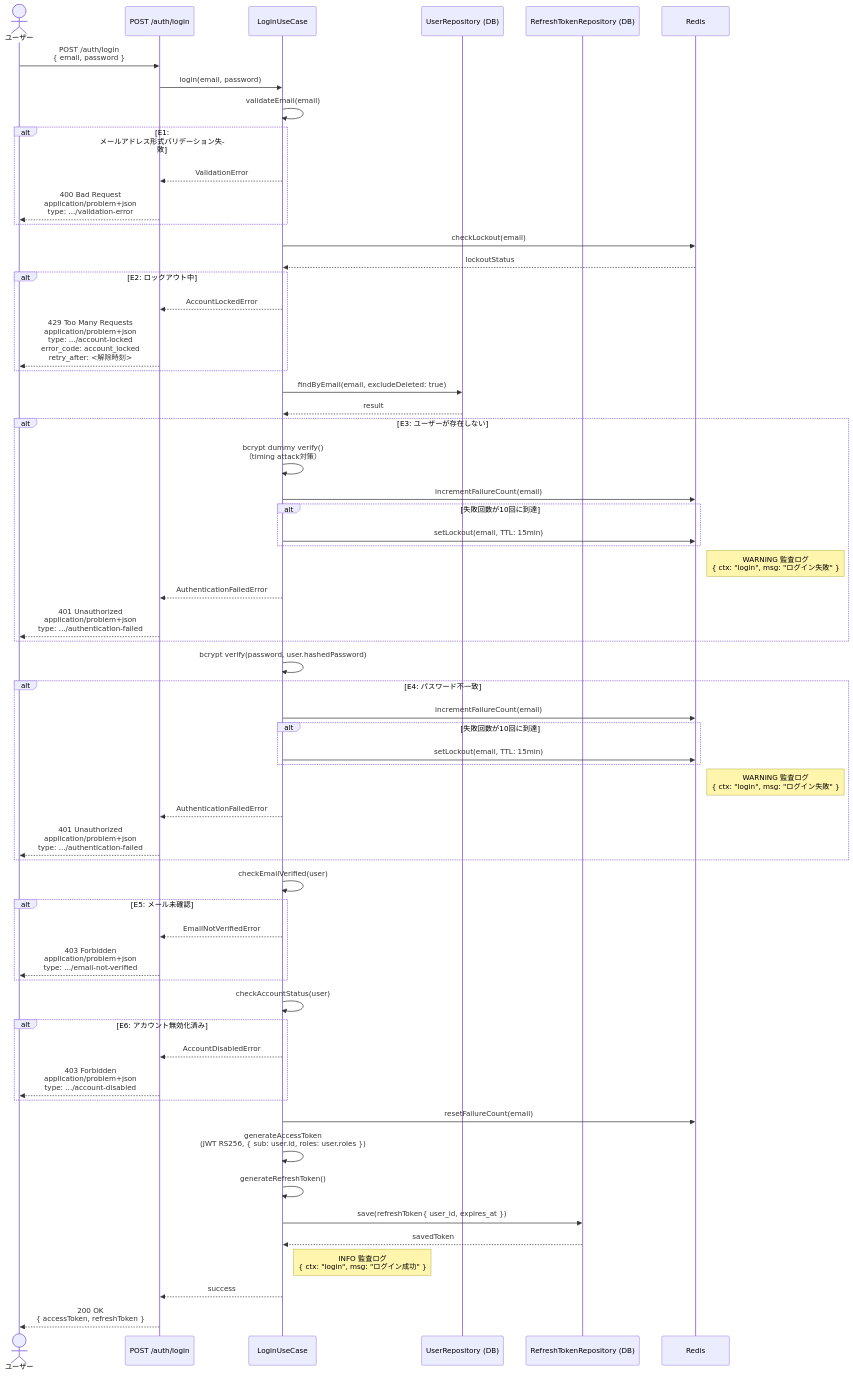
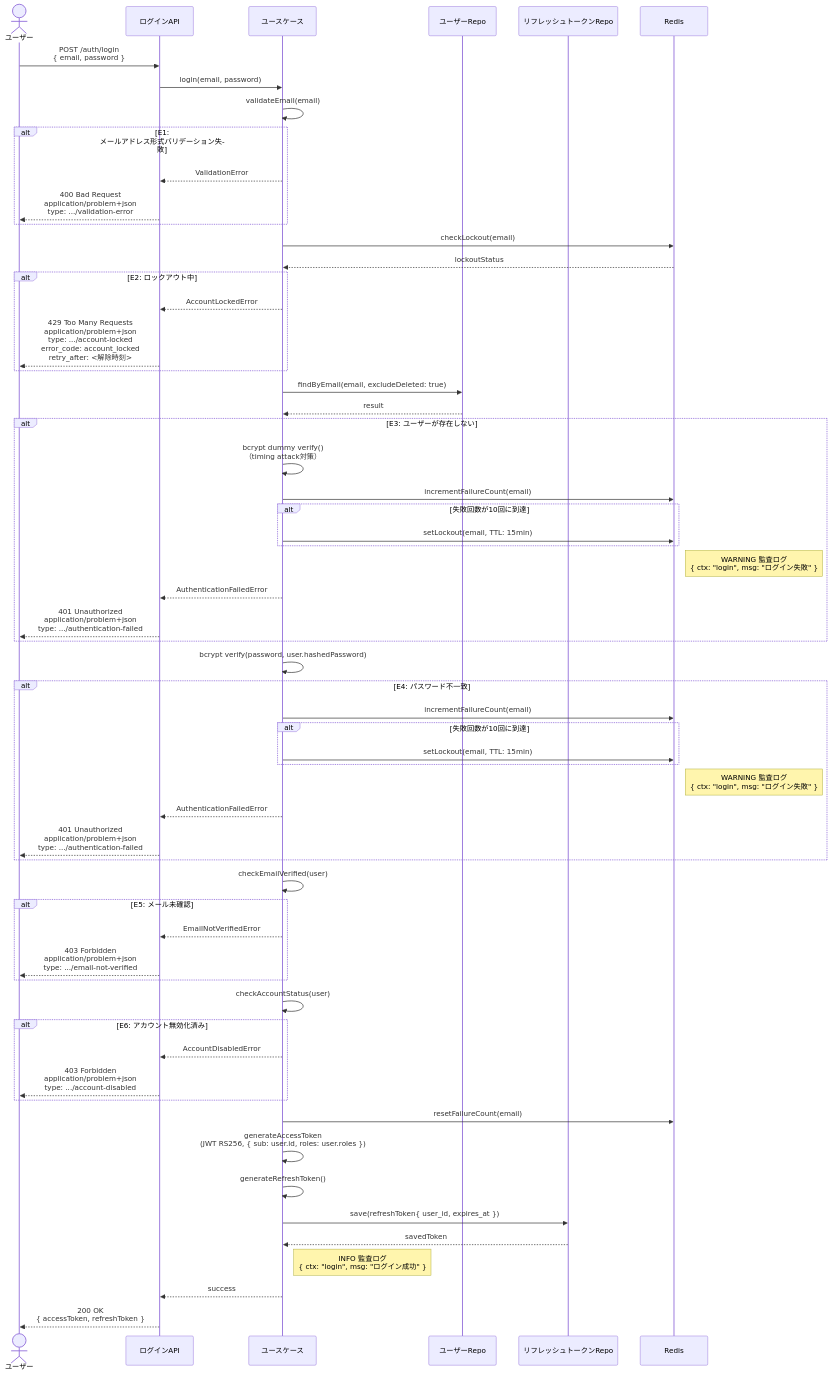
The second of 2 diagrams in .docs/design/buc/BUC-U04.md (suunet/POC_HYDRA_AUTH), drawn with Mermaid before and after one commit. The commit also changed 15 other files, not shown here.

````diff
--- a/.docs/design/buc/BUC-U04.md
+++ b/.docs/design/buc/BUC-U04.md
@@ -133,62 +133,62 @@
 ```mermaid
 sequenceDiagram
-  actor ユーザー as ユーザー
-  participant ログインAPI as POST /auth/login
-  participant ユースケース as LoginUseCase
-  participant ユーザーRepo as UserRepository (DB)
-  participant リフレッシュトークンRepo as RefreshTokenRepository (DB)
+  actor User as ユーザー
+  participant LoginAPI as ログインAPI
+  participant UseCase as ユースケース
+  participant UserRepo as ユーザーRepo
+  participant RefreshRepo as リフレッシュトークンRepo
   participant Redis as Redis
-  ユーザー->>ログインAPI: POST /auth/login<br/>{ email, password }
-  ログインAPI->>ユースケース: login(email, password)
-  ユースケース->>ユースケース: validateEmail(email)
+  User->>LoginAPI: POST /auth/login<br/>{ email, password }
+  LoginAPI->>UseCase: login(email, password)
+  UseCase->>UseCase: validateEmail(email)
   alt E1: メールアドレス形式バリデーション失敗
-  ユースケース-->>ログインAPI: ValidationError
-  ログインAPI-->>ユーザー: 400 Bad Request<br/>application/problem+json<br/>type: .../validation-error
+  UseCase-->>LoginAPI: ValidationError
+  LoginAPI-->>User: 400 Bad Request<br/>application/problem+json<br/>type: .../validation-error
   end
-  ユースケース->>Redis: checkLockout(email)
-  Redis-->>ユースケース: lockoutStatus
+  UseCase->>Redis: checkLockout(email)
+  Redis-->>UseCase: lockoutStatus
   alt E2: ロックアウト中
-  ユースケース-->>ログインAPI: AccountLockedError
-  ログインAPI-->>ユーザー: 429 Too Many Requests<br/>application/problem+json<br/>type: .../account-locked<br/>error_code: account_locked<br/>retry_after: <解除時刻>
+  UseCase-->>LoginAPI: AccountLockedError
+  LoginAPI-->>User: 429 Too Many Requests<br/>application/problem+json<br/>type: .../account-locked<br/>error_code: account_locked<br/>retry_after: <解除時刻>
   end
-  ユースケース->>ユーザーRepo: findByEmail(email, excludeDeleted: true)
-  ユーザーRepo-->>ユースケース: result
+  UseCase->>UserRepo: findByEmail(email, excludeDeleted: true)
+  UserRepo-->>UseCase: result
   alt E3: ユーザーが存在しない
-  ユースケース->>ユースケース: bcrypt dummy verify()<br/>（timing attack対策）
-  ユースケース->>Redis: incrementFailureCount(email)
+  UseCase->>UseCase: bcrypt dummy verify()<br/>（timing attack対策）
+  UseCase->>Redis: incrementFailureCount(email)
   alt 失敗回数が10回に到達
-  ユースケース->>Redis: setLockout(email, TTL: 15min)
+  UseCase->>Redis: setLockout(email, TTL: 15min)
   end
   Note right of Redis: WARNING 監査ログ<br/>{ ctx: "login", msg: "ログイン失敗" }
-  ユースケース-->>ログインAPI: AuthenticationFailedError
-  ログインAPI-->>ユーザー: 401 Unauthorized<br/>application/problem+json<br/>type: .../authentication-failed
+  UseCase-->>LoginAPI: AuthenticationFailedError
+  LoginAPI-->>User: 401 Unauthorized<br/>application/problem+json<br/>type: .../authentication-failed
   end
-  ユースケース->>ユースケース: bcrypt verify(password, user.hashedPassword)
+  UseCase->>UseCase: bcrypt verify(password, user.hashedPassword)
   alt E4: パスワード不一致
-  ユースケース->>Redis: incrementFailureCount(email)
+  UseCase->>Redis: incrementFailureCount(email)
   alt 失敗回数が10回に到達
-  ユースケース->>Redis: setLockout(email, TTL: 15min)
+  UseCase->>Redis: setLockout(email, TTL: 15min)
   end
   Note right of Redis: WARNING 監査ログ<br/>{ ctx: "login", msg: "ログイン失敗" }
-  ユースケース-->>ログインAPI: AuthenticationFailedError
-  ログインAPI-->>ユーザー: 401 Unauthorized<br/>application/problem+json<br/>type: .../authentication-failed
+  UseCase-->>LoginAPI: AuthenticationFailedError
+  LoginAPI-->>User: 401 Unauthorized<br/>application/problem+json<br/>type: .../authentication-failed
   end
-  ユースケース->>ユースケース: checkEmailVerified(user)
+  UseCase->>UseCase: checkEmailVerified(user)
   alt E5: メール未確認
-  ユースケース-->>ログインAPI: EmailNotVerifiedError
-  ログインAPI-->>ユーザー: 403 Forbidden<br/>application/problem+json<br/>type: .../email-not-verified
+  UseCase-->>LoginAPI: EmailNotVerifiedError
+  LoginAPI-->>User: 403 Forbidden<br/>application/problem+json<br/>type: .../email-not-verified
   end
-  ユースケース->>ユースケース: checkAccountStatus(user)
+  UseCase->>UseCase: checkAccountStatus(user)
   alt E6: アカウント無効化済み
-  ユースケース-->>ログインAPI: AccountDisabledError
-  ログインAPI-->>ユーザー: 403 Forbidden<br/>application/problem+json<br/>type: .../account-disabled
+  UseCase-->>LoginAPI: AccountDisabledError
+  LoginAPI-->>User: 403 Forbidden<br/>application/problem+json<br/>type: .../account-disabled
   end
-  ユースケース->>Redis: resetFailureCount(email)
-  ユースケース->>ユースケース: generateAccessToken<br/>(JWT RS256, { sub: user.id, roles: user.roles })
-  ユースケース->>ユースケース: generateRefreshToken()
-  ユースケース->>リフレッシュトークンRepo: save(refreshToken{ user_id, expires_at })
-  リフレッシュトークンRepo-->>ユースケース: savedToken
-  Note right of ユースケース: INFO 監査ログ<br/>{ ctx: "login", msg: "ログイン成功" }
-  ユースケース-->>ログインAPI: success
-  ログインAPI-->>ユーザー: 200 OK<br/>{ accessToken, refreshToken }
+  UseCase->>Redis: resetFailureCount(email)
+  UseCase->>UseCase: generateAccessToken<br/>(JWT RS256, { sub: user.id, roles: user.roles })
+  UseCase->>UseCase: generateRefreshToken()
+  UseCase->>RefreshRepo: save(refreshToken{ user_id, expires_at })
+  RefreshRepo-->>UseCase: savedToken
+  Note right of UseCase: INFO 監査ログ<br/>{ ctx: "login", msg: "ログイン成功" }
+  UseCase-->>LoginAPI: success
+  LoginAPI-->>User: 200 OK<br/>{ accessToken, refreshToken }
 ```
````
